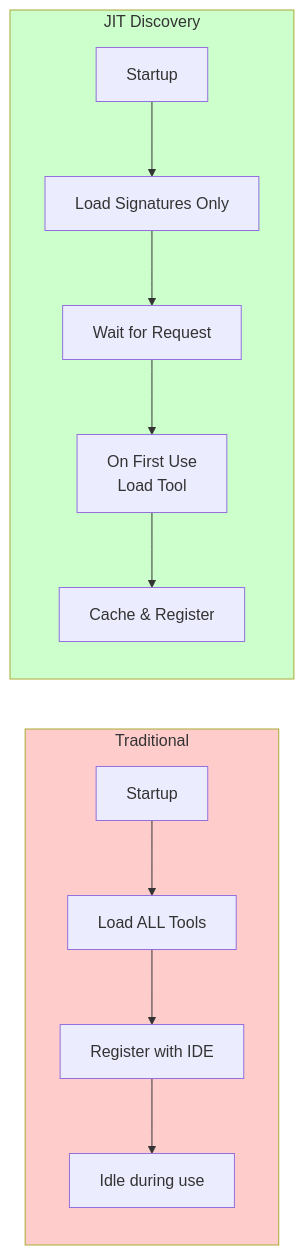
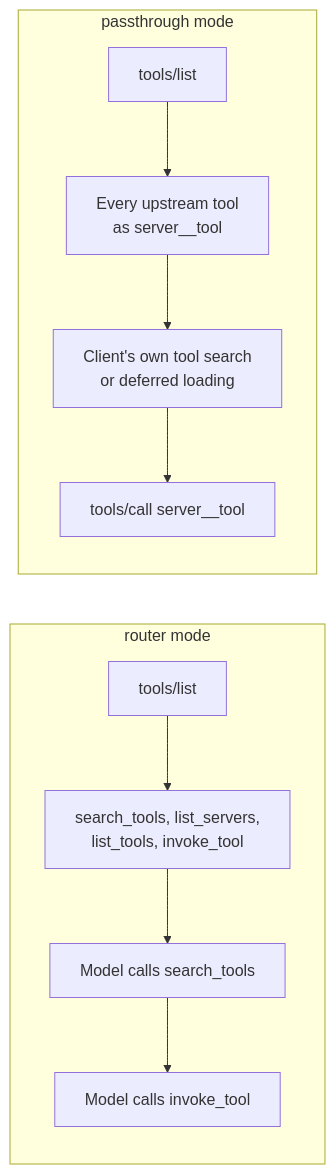
The third of 3 diagrams in docs/architecture.md (mmornati/leanproxy-mcp), drawn with Mermaid before and after one commit. The commit also changed other lines of this file and 10 other files, not shown here.

First line of the commit message:
docs: correct dashboard, extensions, observability and architecture pages

````diff
--- a/docs/architecture.md
+++ b/docs/architecture.md
@@ -173,18 +136,14 @@
 ```mermaid
 flowchart LR
-    subgraph Traditional["Traditional"]
-        A1[Startup] --> B1[Load ALL Tools]
-        B1 --> C1[Register with IDE]
-        C1 --> D1[Idle during use]
+    subgraph Router["router mode"]
+        A1[tools/list] --> B1[search_tools, list_servers,<br/>list_tools, invoke_tool]
+        B1 --> C1[Model calls search_tools]
+        C1 --> D1[Model calls invoke_tool]
     end
-    
-    subgraph JIT["JIT Discovery"]
-        A2[Startup] --> B2[Load Signatures Only]
-        B2 --> C2[Wait for Request]
-        C2 --> D2[On First Use<br/>Load Tool]
-        D2 --> E2[Cache & Register]
+
+    subgraph Pass["passthrough mode"]
+        A2[tools/list] --> B2[Every upstream tool<br/>as server__tool]
+        B2 --> C2[Client's own tool search<br/>or deferred loading]
+        C2 --> D2[tools/call server__tool]
     end
-    
-    style Traditional fill:#ffcccc
-    style JIT fill:#ccffcc
 ```
````
